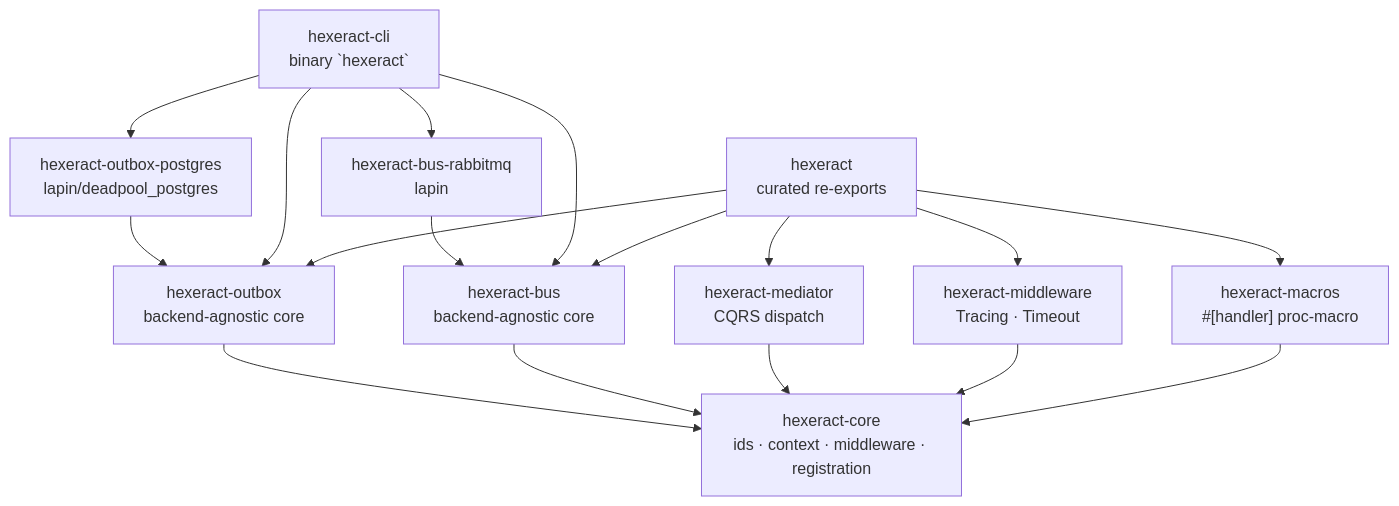
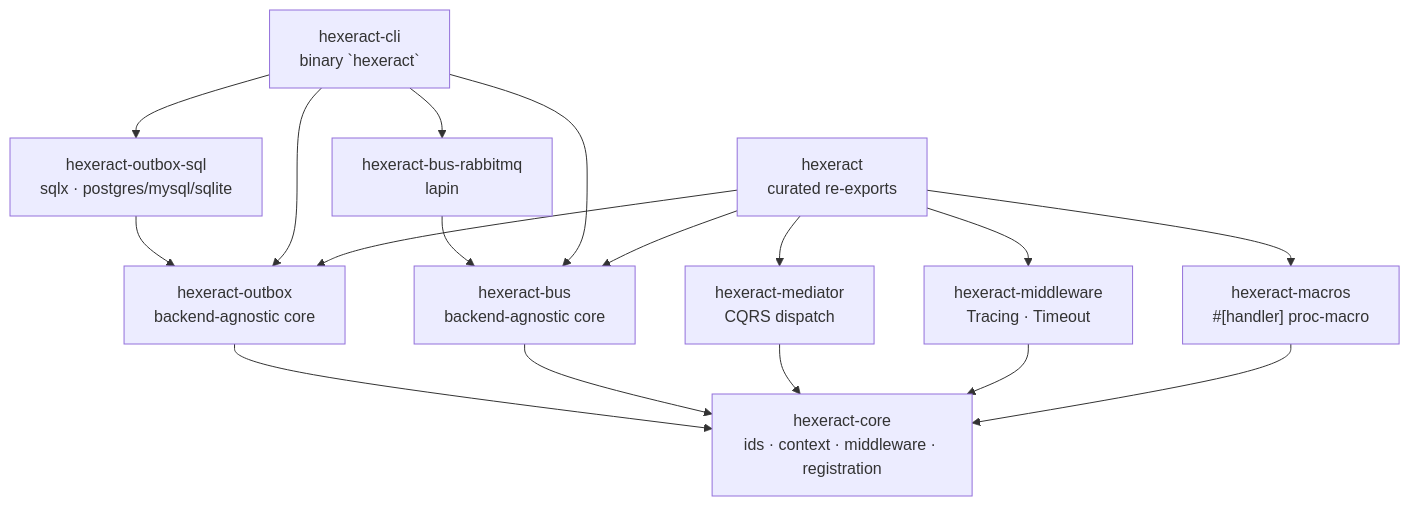
One commit to nubster-opensources/hexeract changed the diagram in docs/architecture/overview.md. Above: the diagram before and after it, drawn with Mermaid. The commit also changed other lines of this file, not shown here.

First line of the commit message:
docs(architecture): refresh overview for the sql outbox backend

````diff
--- a/docs/architecture/overview.md
+++ b/docs/architecture/overview.md
@@ -7,33 +7,33 @@
 ```mermaid
 graph TD
     core["hexeract-core<br/>ids · context · middleware · registration"]
     macros["hexeract-macros<br/>#[handler] proc-macro"]
     mediator["hexeract-mediator<br/>CQRS dispatch"]
     middleware["hexeract-middleware<br/>Tracing · Timeout"]
     facade["hexeract<br/>curated re-exports"]
 
     outbox["hexeract-outbox<br/>backend-agnostic core"]
-    pg["hexeract-outbox-postgres<br/>lapin/deadpool_postgres"]
+    sql["hexeract-outbox-sql<br/>sqlx · postgres/mysql/sqlite"]
 
     bus["hexeract-bus<br/>backend-agnostic core"]
     rmq["hexeract-bus-rabbitmq<br/>lapin"]
 
     cli["hexeract-cli<br/>binary `hexeract`"]
 
     outbox --> core
-    pg --> outbox
+    sql --> outbox
     bus --> core
     rmq --> bus
     cli --> outbox
-    cli --> pg
+    cli --> sql
     cli --> bus
     cli --> rmq
     facade --> outbox
     facade --> bus
     facade --> mediator
     facade --> middleware
     facade --> macros
     mediator --> core
     middleware --> core
     macros --> core
 ```
````
